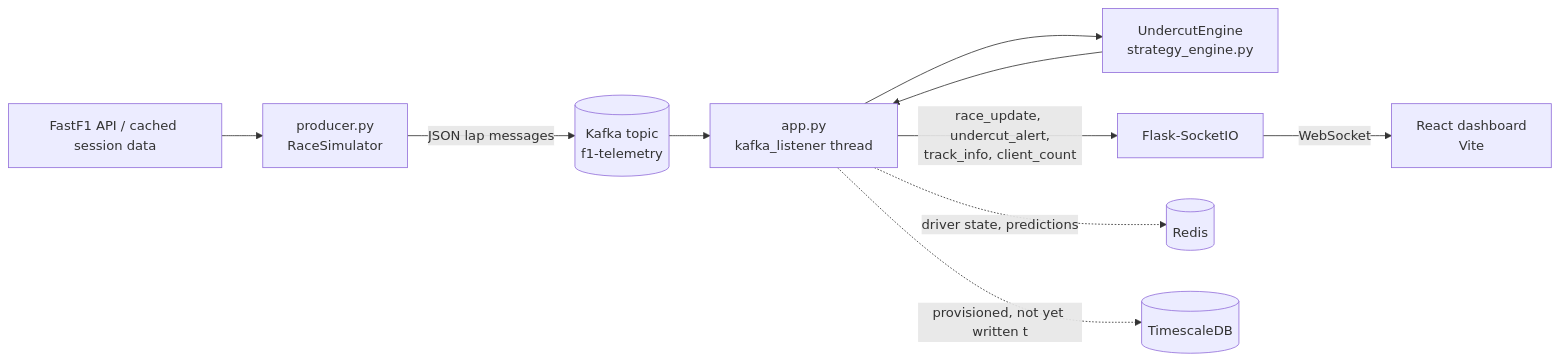
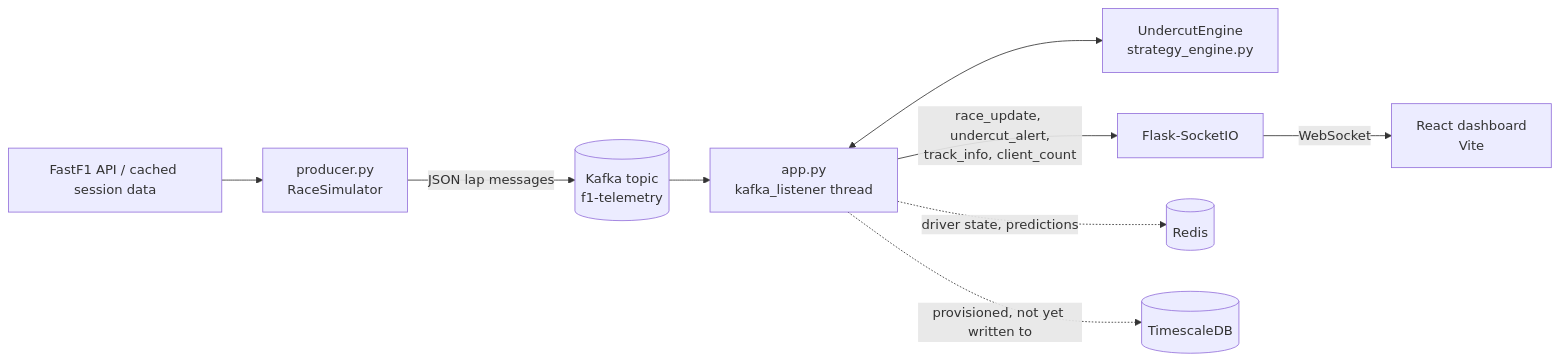
Before and after one commit to KaranGupta-1022/f1_undercut_engine: the diagram in README.md, drawn with Mermaid. The commit also changed other lines of this file, not shown here.

Commit message:
Fix issues with architecture diagram and improved overview

````diff
--- a/README.md
+++ b/README.md
@@ -35,12 +35,11 @@
 ```mermaid
 flowchart LR
-    FF1[FastF1 API / cached session data] --> PROD[producer.py<br/>RaceSimulator]
-    PROD -->|JSON lap messages| KAFKA[(Kafka topic<br/>f1-telemetry)]
-    KAFKA --> APP[app.py<br/>kafka_listener thread]
-    APP --> ENGINE[UndercutEngine<br/>strategy_engine.py]
-    ENGINE --> APP
-    APP -->|race_update, undercut_alert,<br/>track_info, client_count| SOCKET[Flask-SocketIO]
-    SOCKET -->|WebSocket| REACT[React dashboard<br/>Vite]
-    APP -.driver state, predictions.-> REDIS[(Redis)]
-    APP -.provisioned, not yet written to.-> TSDB[(TimescaleDB)]
+    FF1["FastF1 API / cached session data"] --> PROD["producer.py<br/>RaceSimulator"]
+    PROD -->|JSON lap messages| KAFKA[("Kafka topic<br/>f1-telemetry")]
+    KAFKA --> APP["app.py<br/>kafka_listener thread"]
+    APP <--> ENGINE["UndercutEngine<br/>strategy_engine.py"]
+    APP -->|"race_update, undercut_alert,<br/>track_info, client_count"| SOCKET["Flask-SocketIO"]
+    SOCKET -->|WebSocket| REACT["React dashboard<br/>Vite"]
+    APP -. "driver state, predictions" .-> REDIS[("Redis")]
+    APP -. "provisioned, not yet written to" .-> TSDB[("TimescaleDB")]
 ```
````
